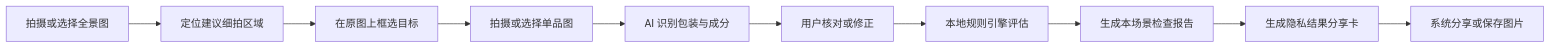
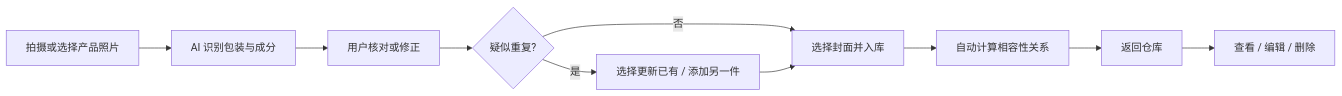
The first of 2 diagrams in README.md (gsj1225/household-chemical-safety), drawn with Mermaid before and after one commit. The commit also changed other lines of this file and 86 other files, not shown here.

````diff
--- a/README.md
+++ b/README.md
@@ -119,12 +46,12 @@
 ```mermaid
 flowchart LR
-    A[拍摄或选择全景图] --> B[定位建议细拍区域]
-    B --> C[在原图上框选目标]
-    C --> D[拍摄或选择单品图]
-    D --> E[AI 识别包装与成分]
-    E --> F[用户核对或修正]
-    F --> G[本地规则引擎评估]
-    G --> H[生成本场景检查报告]
-    H --> I[生成隐私结果分享卡]
-    I --> J[系统分享或保存图片]
+    A[拍摄或选择产品照片] --> B[AI 识别包装与成分]
+    B --> C[用户核对或修正]
+    C --> D{疑似重复?}
+    D -->|是| E[选择更新已有 / 添加另一件]
+    D -->|否| F[选择封面并入库]
+    E --> F
+    F --> G[自动计算相容性关系]
+    G --> H[返回仓库]
+    H --> I[查看 / 编辑 / 删除]
 ```
````
